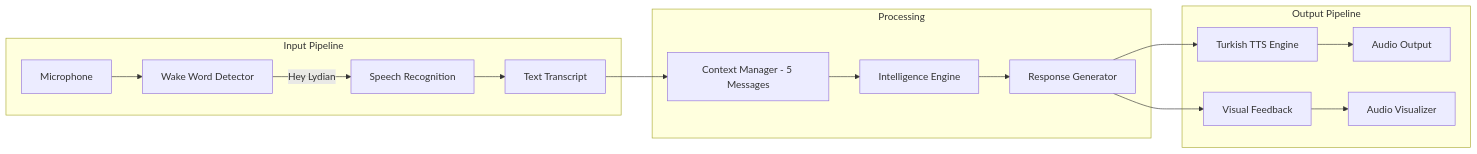
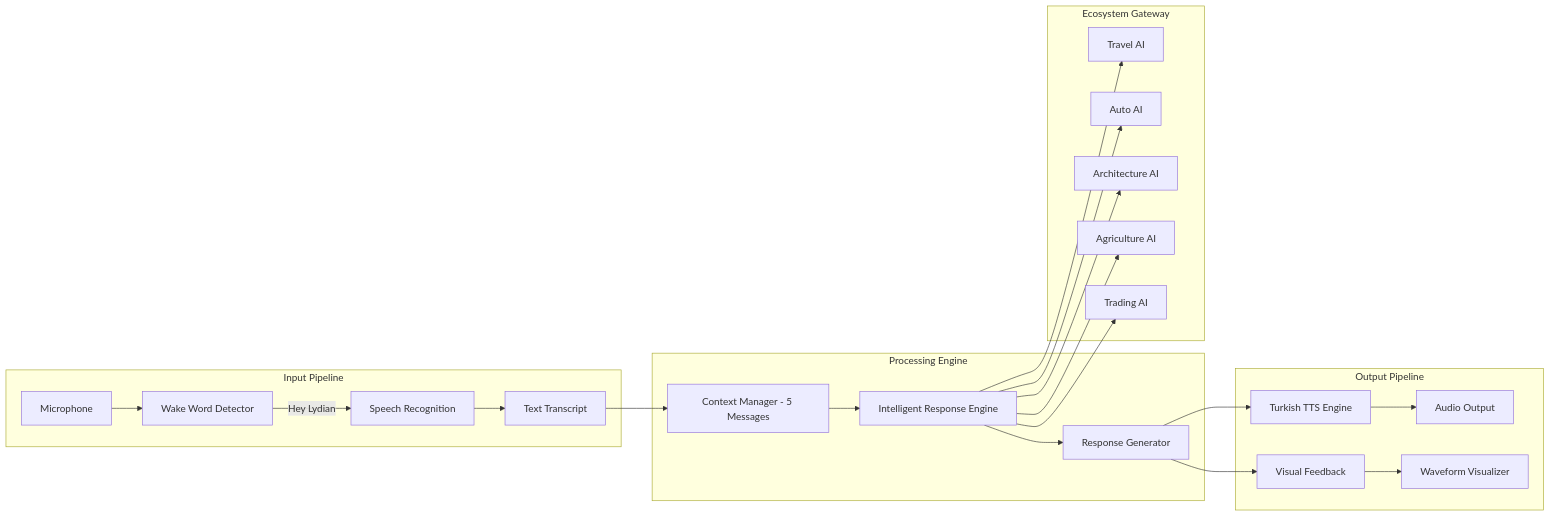
Before and after one commit to lydianai/voice.ailydian.com: the diagram in README.md, drawn with Mermaid. The commit also changed other lines of this file and 1 other file, not shown here.

````diff
--- a/README.md
+++ b/README.md
@@ -57,19 +123,26 @@
 ```mermaid
 graph LR
     subgraph "Input Pipeline"
         A[Microphone] --> B[Wake Word Detector]
-        B -->|"Hey Lydian"| C[Speech Recognition]
+        B -->|Hey Lydian| C[Speech Recognition]
         C --> D[Text Transcript]
     end
-    subgraph "Processing"
+    subgraph "Processing Engine"
         D --> E[Context Manager - 5 Messages]
-        E --> F[Intelligence Engine]
+        E --> F[Intelligent Response Engine]
         F --> G[Response Generator]
     end
     subgraph "Output Pipeline"
         G --> H[Turkish TTS Engine]
         H --> I[Audio Output]
         G --> J[Visual Feedback]
-        J --> K[Audio Visualizer]
+        J --> K[Waveform Visualizer]
+    end
+    subgraph "Ecosystem Gateway"
+        F --> L[Travel AI]
+        F --> M[Auto AI]
+        F --> N[Architecture AI]
+        F --> O[Agriculture AI]
+        F --> P[Trading AI]
     end
 ```
````
